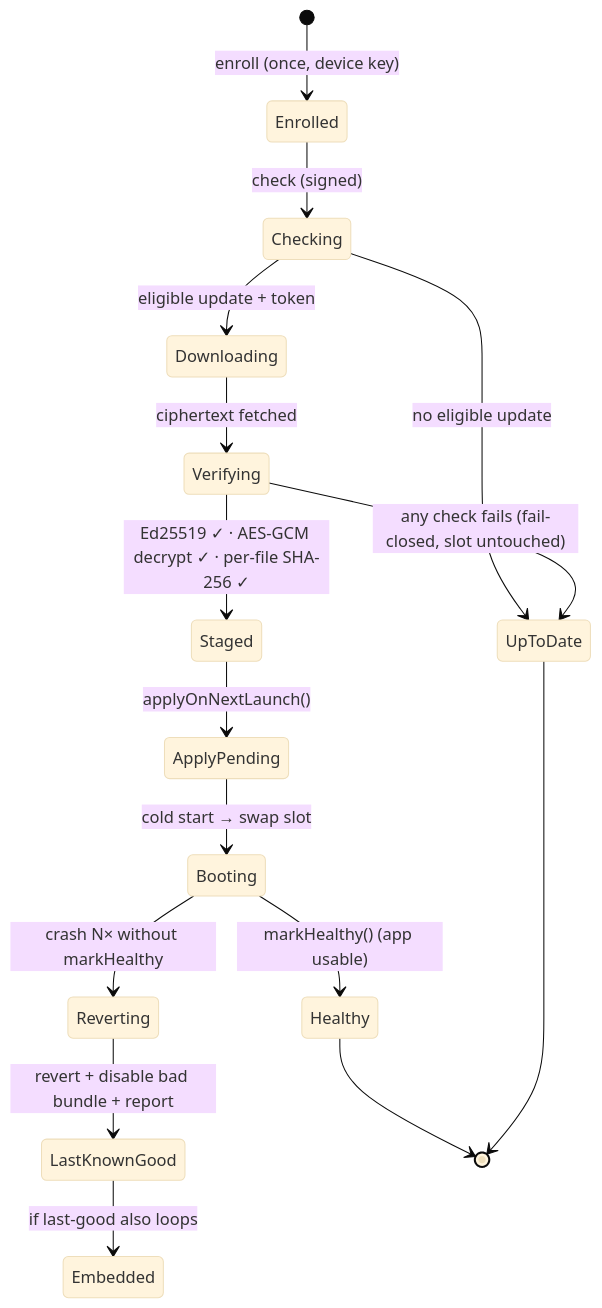
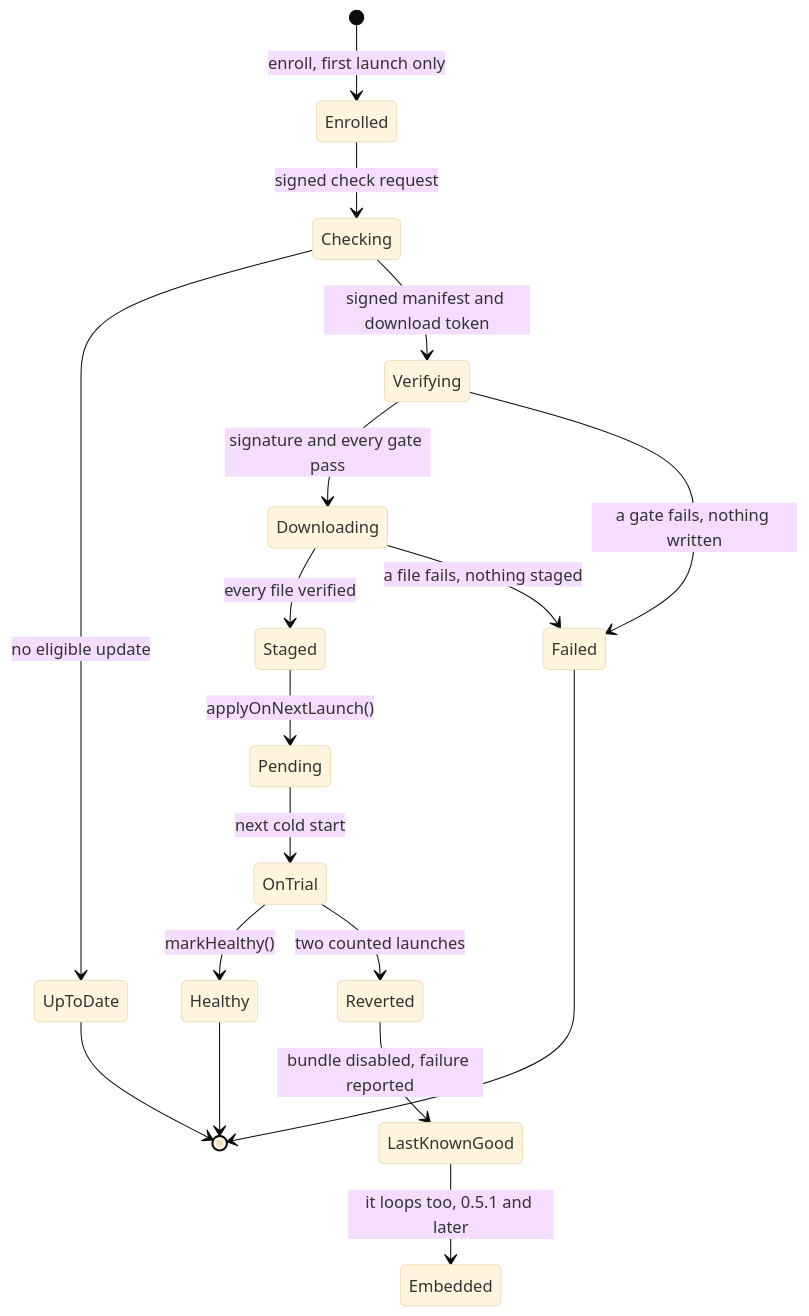
The diagram in website/docs/concepts/lifecycle.md (Scripting-Bear/dash-ota), drawn with Mermaid (base theme) before and after one commit. The commit also changed other lines of this file and 157 other files, not shown here.

````diff
--- a/website/docs/concepts/lifecycle.md
+++ b/website/docs/concepts/lifecycle.md
@@ -12,18 +13,20 @@
 ```mermaid
 stateDiagram-v2
-    [*] --> Enrolled: enroll (once, device key)
-    Enrolled --> Checking: check (signed)
+    [*] --> Enrolled: enroll, first launch only
+    Enrolled --> Checking: signed check request
     Checking --> UpToDate: no eligible update
-    Checking --> Downloading: eligible update + token
-    Downloading --> Verifying: ciphertext fetched
-    Verifying --> Staged: Ed25519 ✓ · AES-GCM decrypt ✓ · per-file SHA-256 ✓
-    Verifying --> UpToDate: any check fails (fail-closed, slot untouched)
-    Staged --> ApplyPending: applyOnNextLaunch()
-    ApplyPending --> Booting: cold start → swap slot
-    Booting --> Healthy: markHealthy() (app usable)
-    Booting --> Reverting: crash N× without markHealthy
-    Reverting --> LastKnownGood: revert + disable bad bundle + report
-    LastKnownGood --> Embedded: if last-good also loops
+    Checking --> Verifying: signed manifest and download token
+    Verifying --> Downloading: signature and every gate pass
+    Verifying --> Failed: a gate fails, nothing written
+    Downloading --> Staged: every file verified
+    Downloading --> Failed: a file fails, nothing staged
+    Staged --> Pending: applyOnNextLaunch()
+    Pending --> OnTrial: next cold start
+    OnTrial --> Healthy: markHealthy()
+    OnTrial --> Reverted: two counted launches
+    Reverted --> LastKnownGood: bundle disabled, failure reported
+    LastKnownGood --> Embedded: it loops too, 0.5.1 and later
     Healthy --> [*]
     UpToDate --> [*]
+    Failed --> [*]
 ```
````
